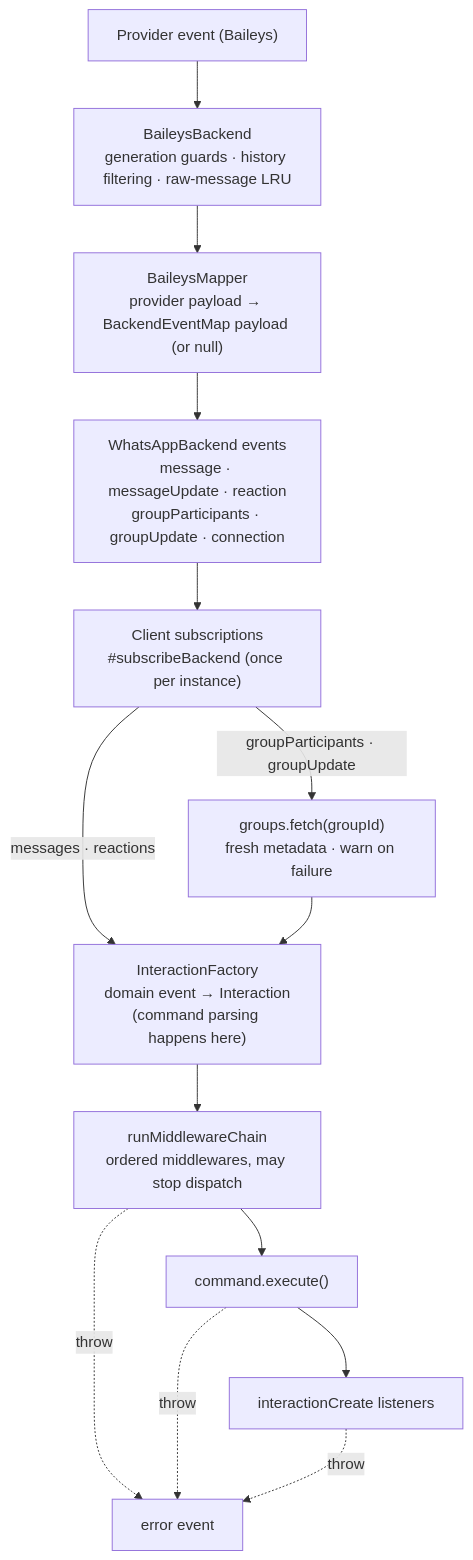
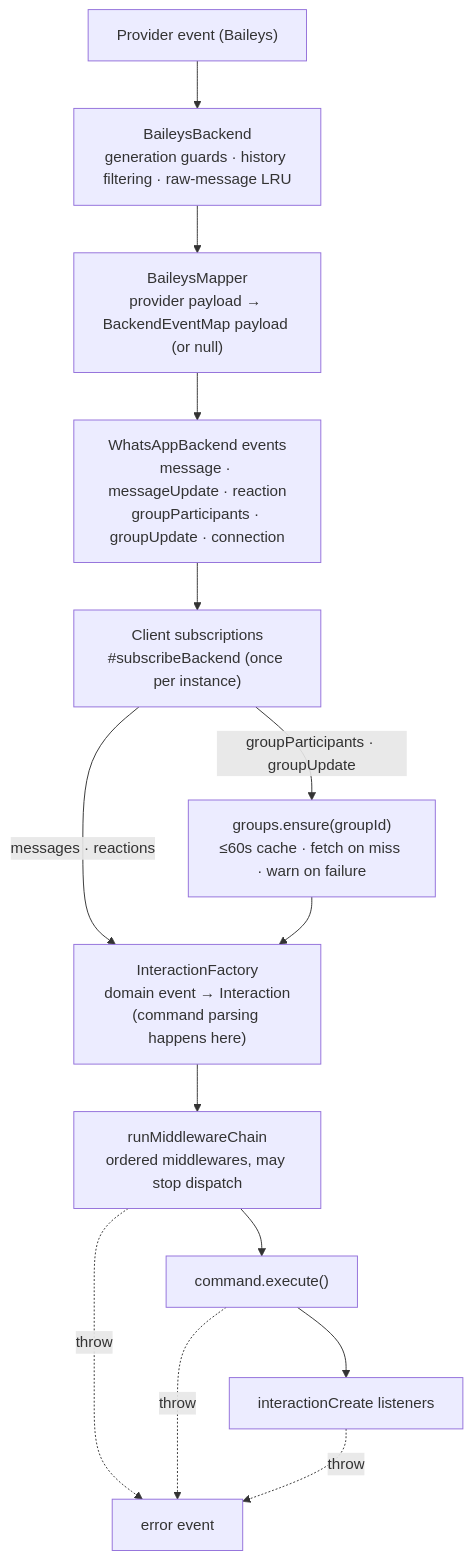
One commit to Gustavo10Destroyer/libwa-docs changed the first of 3 diagrams in architecture/event-pipeline.md. Above: the diagram before and after it, drawn with Mermaid. The commit also changed other lines of this file and 2 other files, not shown here.

Commit message:
docs(architecture): dispatch resolves group metadata through groups.ensure

````diff
--- a/architecture/event-pipeline.md
+++ b/architecture/event-pipeline.md
@@ -5,16 +5,16 @@
 ```mermaid
 flowchart TD
     A["Provider event (Baileys)"] --> B["BaileysBackend<br/>generation guards · history filtering · raw-message LRU"]
     B --> C["BaileysMapper<br/>provider payload → BackendEventMap payload (or null)"]
     C --> D["WhatsAppBackend events<br/>message · messageUpdate · reaction<br/>groupParticipants · groupUpdate · connection"]
     D --> E["Client subscriptions<br/>#subscribeBackend (once per instance)"]
     E -->|"messages · reactions"| F["InteractionFactory<br/>domain event → Interaction<br/>(command parsing happens here)"]
-    E -->|"groupParticipants · groupUpdate"| RF["groups.fetch(groupId)<br/>fresh metadata · warn on failure"]
+    E -->|"groupParticipants · groupUpdate"| RF["groups.ensure(groupId)<br/>≤60s cache · fetch on miss · warn on failure"]
     RF --> F
     F --> G["runMiddlewareChain<br/>ordered middlewares, may stop dispatch"]
     G --> H["command.execute()"]
     H --> I["interactionCreate listeners"]
     G -.->|"throw"| ERR["error event"]
     H -.->|"throw"| ERR
     I -.->|"throw"| ERR
 ```
````
